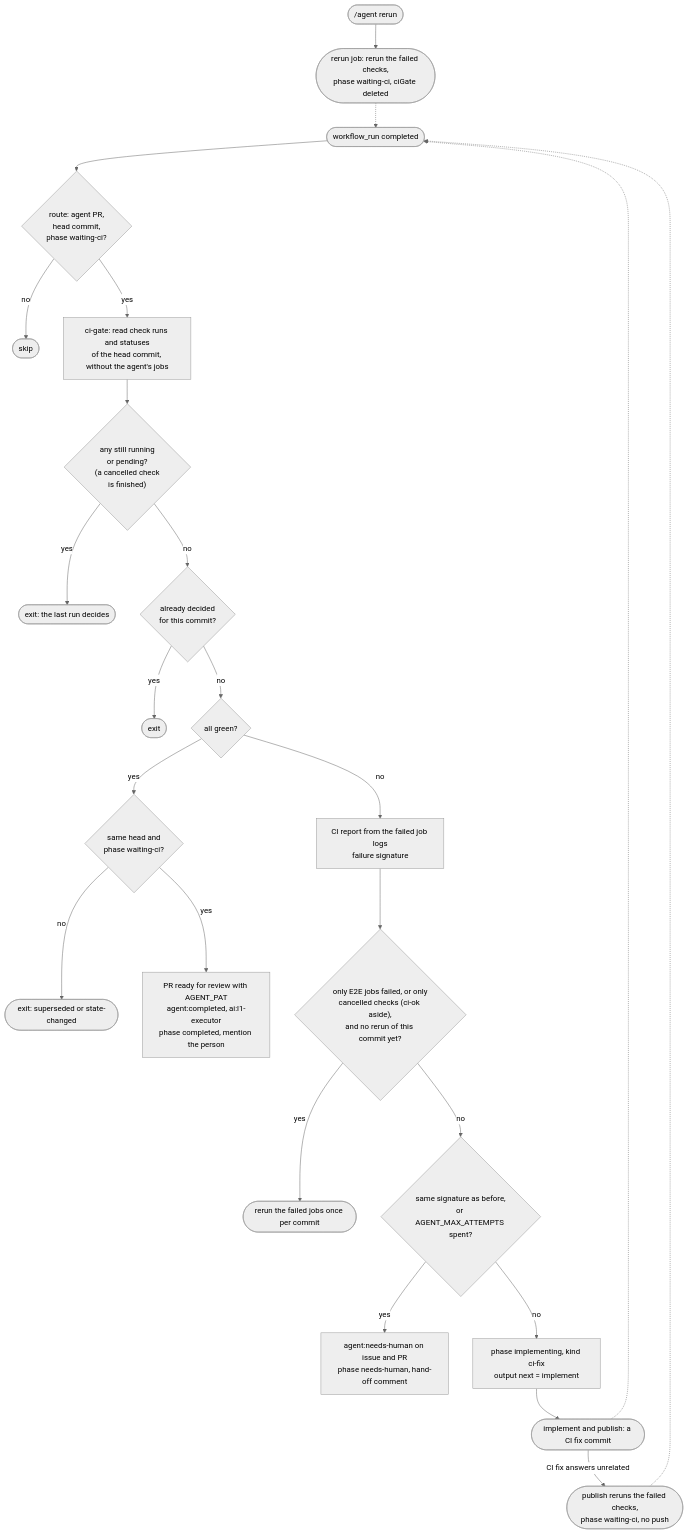
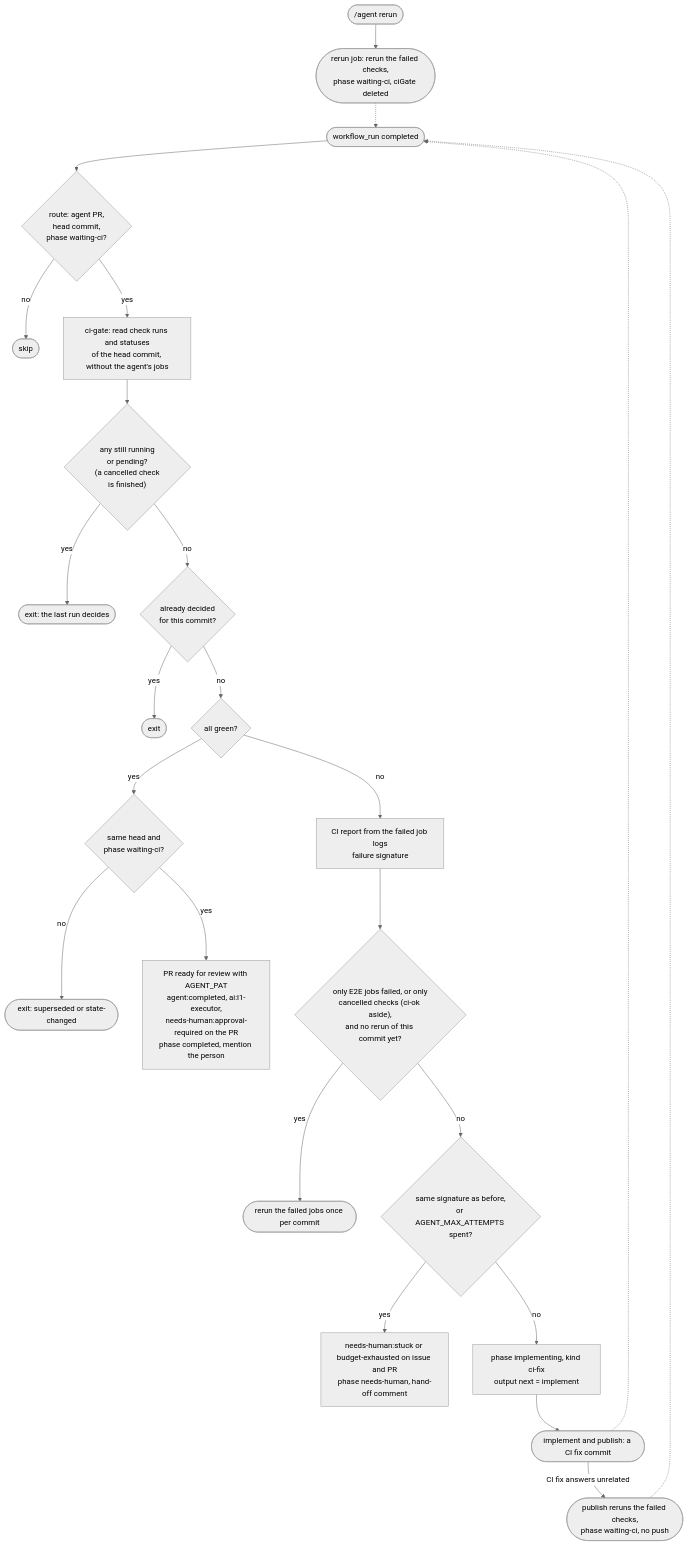
The seventh of 11 diagrams in docs/internal/autonomous-agent/architecture.md (Netcracker/qubership-apihub), drawn with Mermaid (neutral theme) before and after one commit. The commit also changed other lines of this file and 42 other files, not shown here.

````diff
--- a/docs/internal/autonomous-agent/architecture.md
+++ b/docs/internal/autonomous-agent/architecture.md
@@ -428,26 +441,26 @@
 ```mermaid
 flowchart TB
   START(["workflow_run completed"]) --> R{"route: agent PR,<br/>head commit,<br/>phase waiting-ci?"}
   R -- no --> SKIP(["skip"])
   R -- yes --> READ["ci-gate: read check runs and statuses<br/>of the head commit, without the agent's jobs"]
   READ --> PENDING{"any still running<br/>or pending?<br/>(a cancelled check<br/>is finished)"}
   PENDING -- yes --> WAIT(["exit: the last run decides"])
   PENDING -- no --> DONE{"already decided<br/>for this commit?"}
   DONE -- yes --> EXIT1(["exit"])
   DONE -- no --> GREEN{"all green?"}
   GREEN -- yes --> FRESH1{"same head and<br/>phase waiting-ci?"}
   FRESH1 -- no --> SUP(["exit: superseded or state-changed"])
-  FRESH1 -- yes --> READY["PR ready for review with AGENT_PAT<br/>agent:completed, ai:l1-executor<br/>phase completed, mention the person"]
+  FRESH1 -- yes --> READY["PR ready for review with AGENT_PAT<br/>agent:completed, ai:l1-executor,<br/>needs-human:approval-required on the PR<br/>phase completed, mention the person"]
   GREEN -- no --> REPORT["CI report from the failed job logs<br/>failure signature"]
   REPORT --> E2E{"only E2E jobs failed, or only<br/>cancelled checks (ci-ok aside),<br/>and no rerun of this commit yet?"}
   E2E -- yes --> RERUN(["rerun the failed jobs once per commit"])
   E2E -- no --> RULE{"same signature as before,<br/>or AGENT_MAX_ATTEMPTS spent?"}
-  RULE -- yes --> HAND["agent:needs-human on issue and PR<br/>phase needs-human, hand-off comment"]
+  RULE -- yes --> HAND["needs-human:stuck or budget-exhausted on issue and PR<br/>phase needs-human, hand-off comment"]
   RULE -- no --> NEXT["phase implementing, kind ci-fix<br/>output next = implement"]
   NEXT --> IMPL(["implement and publish: a CI fix commit"])
   IMPL -.-> START
   IMPL -- "CI fix answers unrelated" --> UNREL(["publish reruns the failed checks,<br/>phase waiting-ci, no push"])
   UNREL -.-> START
   PERSON(["/agent rerun"]) --> RERUNJOB(["rerun job: rerun the failed checks,<br/>phase waiting-ci, ciGate deleted"])
   RERUNJOB -.-> START
 ```
````
